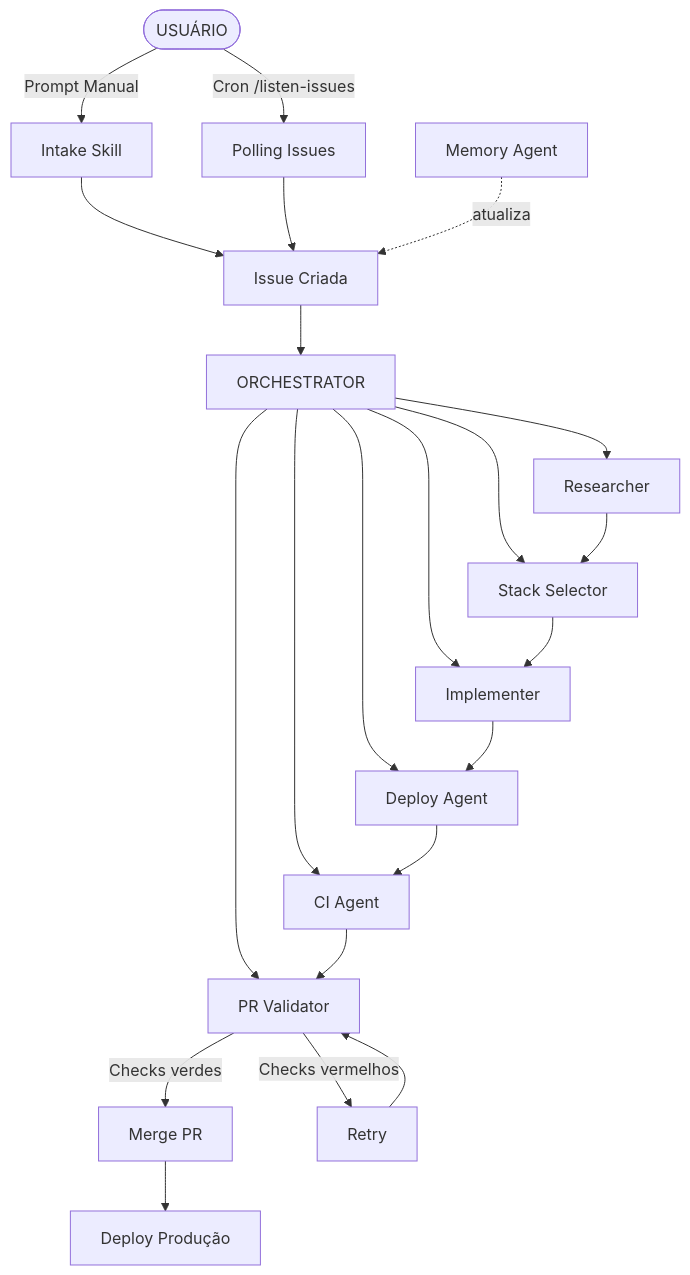
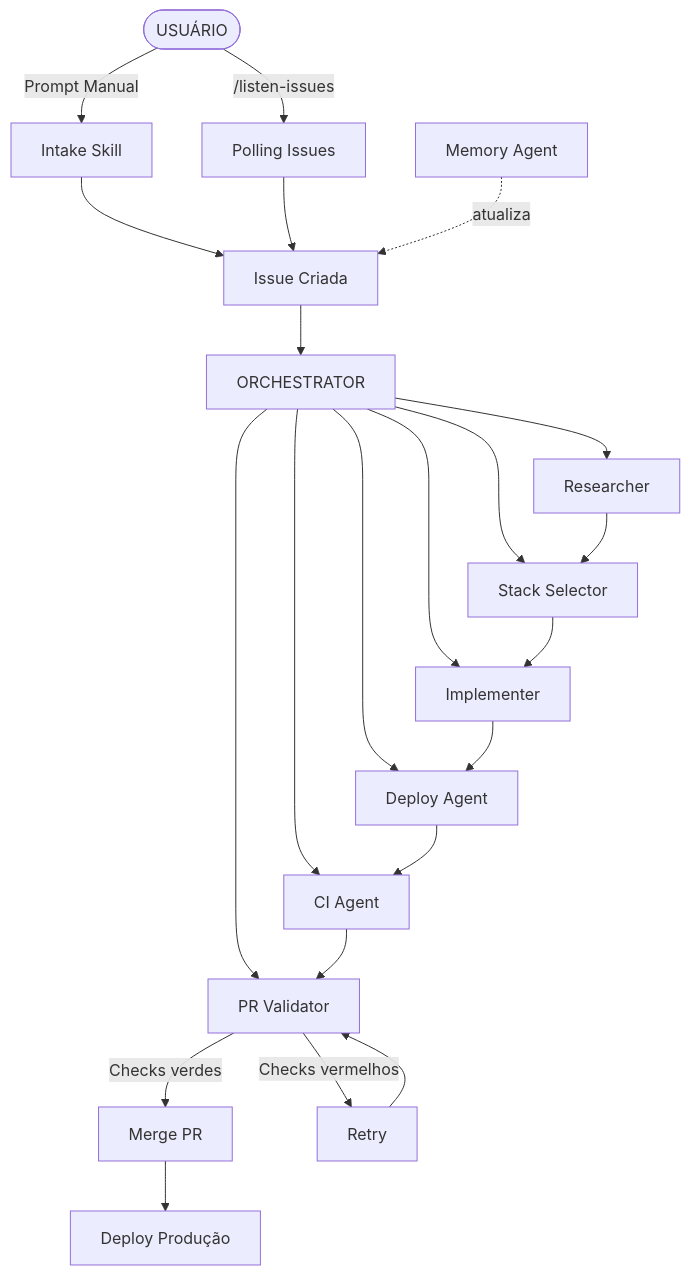
Before and after one commit to ronanrodrigo/memoteca: the diagram in AGENTS.md, drawn with Mermaid. The commit also changed other lines of this file and 4 other files, not shown here.

Commit message:
fix: remove cron references, use schedule_job for polling

````diff
--- a/AGENTS.md
+++ b/AGENTS.md
@@ -82,21 +82,21 @@
 ```mermaid
 graph TB
     User([USUÁRIO])
     User -->|Prompt Manual| Intake[Intake Skill]
-    User -->|Cron /listen-issues| Polling[Polling Issues]
+    User -->|/listen-issues| Polling[Polling Issues]
     Intake --> Issue[Issue Criada]
     Polling --> Issue
     Issue --> Orch[ORCHESTRATOR]
     Orch --> Research[Researcher]
     Orch --> StackSel[Stack Selector]
     Orch --> Impl[Implementer]
     Orch --> Dep[Deploy Agent]
     Orch --> CI[CI Agent]
     Orch --> PR[PR Validator]
     Research --> StackSel --> Impl --> Dep --> CI --> PR
     PR -->|Checks verdes| Merge[Merge PR]
     PR -->|Checks vermelhos| Retry[Retry]
     Retry --> PR
     Merge --> Prod[Deploy Produção]
     Memory[Memory Agent] -.->|atualiza| Issue
 ```
````
